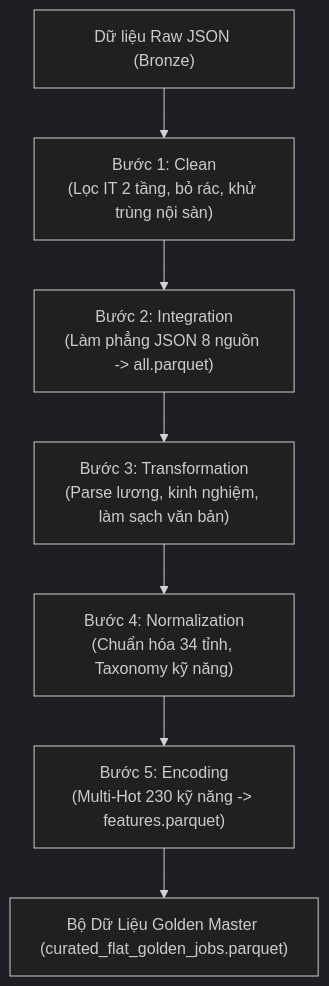
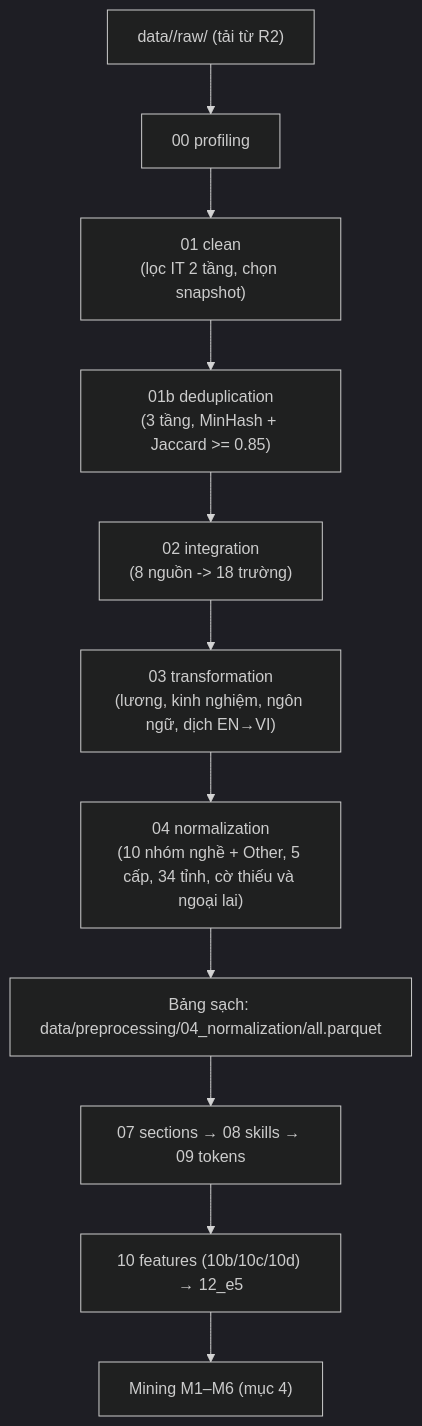
Before and after one commit to Archduker/VN-IT-Job-Mining: the second of 2 diagrams in docs/spec/13_working_documentation.md, drawn with Mermaid (dark theme). The commit also changed other lines of this file and 90 other files, not shown here.

````diff
--- a/docs/spec/13_working_documentation.md
+++ b/docs/spec/13_working_documentation.md
@@ -149,9 +149,13 @@
 ```mermaid
 flowchart TD
-    BronzeRaw["Dữ liệu Raw JSON (Bronze)"] --> Step1["Bước 1: Clean\n(Lọc IT 2 tầng, bỏ rác, khử trùng nội sàn)"]
-    Step1 --> Step2["Bước 2: Integration\n(Làm phẳng JSON 8 nguồn -> all.parquet)"]
-    Step2 --> Step3["Bước 3: Transformation\n(Parse lương, kinh nghiệm, làm sạch văn bản)"]
-    Step3 --> Step4["Bước 4: Normalization\n(Chuẩn hóa 34 tỉnh, Taxonomy kỹ năng)"]
-    Step4 --> Step5["Bước 5: Encoding\n(Multi-Hot 230 kỹ năng -> features.parquet)"]
-    Step5 --> Golden["Bộ Dữ Liệu Golden Master (curated_flat_golden_jobs.parquet)"]
+    Raw["data/<nguồn>/raw/ (tải từ R2)"] --> S00["00 profiling"]
+    S00 --> S01["01 clean\n(lọc IT 2 tầng, chọn snapshot)"]
+    S01 --> S01b["01b deduplication\n(3 tầng, MinHash + Jaccard >= 0.85)"]
+    S01b --> S02["02 integration\n(8 nguồn -> 18 trường)"]
+    S02 --> S03["03 transformation\n(lương, kinh nghiệm, ngôn ngữ, dịch EN→VI)"]
+    S03 --> S04["04 normalization\n(10 nhóm nghề + Other, 5 cấp, 34 tỉnh, cờ thiếu và ngoại lai)"]
+    S04 --> Clean["Bảng sạch: data/preprocessing/04_normalization/all.parquet"]
+    Clean --> P07["07 sections → 08 skills → 09 tokens"]
+    P07 --> P10["10 features (10b/10c/10d) → 12_e5"]
+    P10 --> Mining["Mining M1–M6 (mục 4)"]
 ```
````
